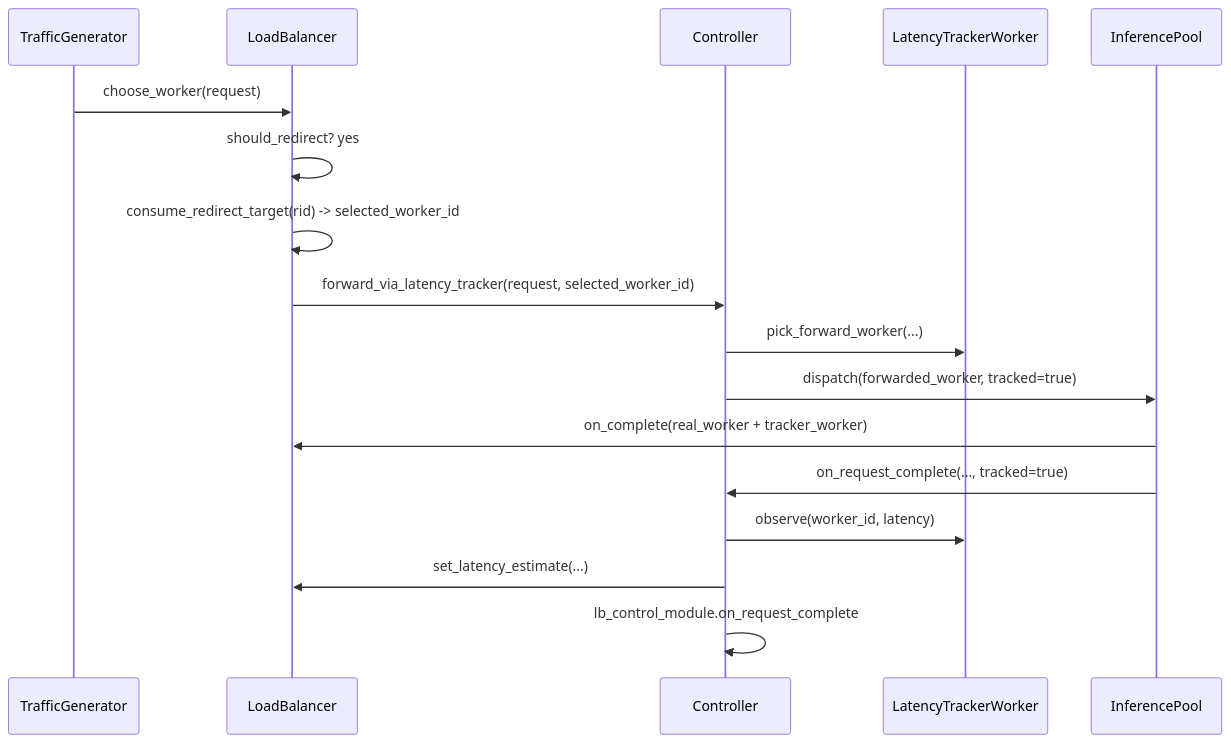
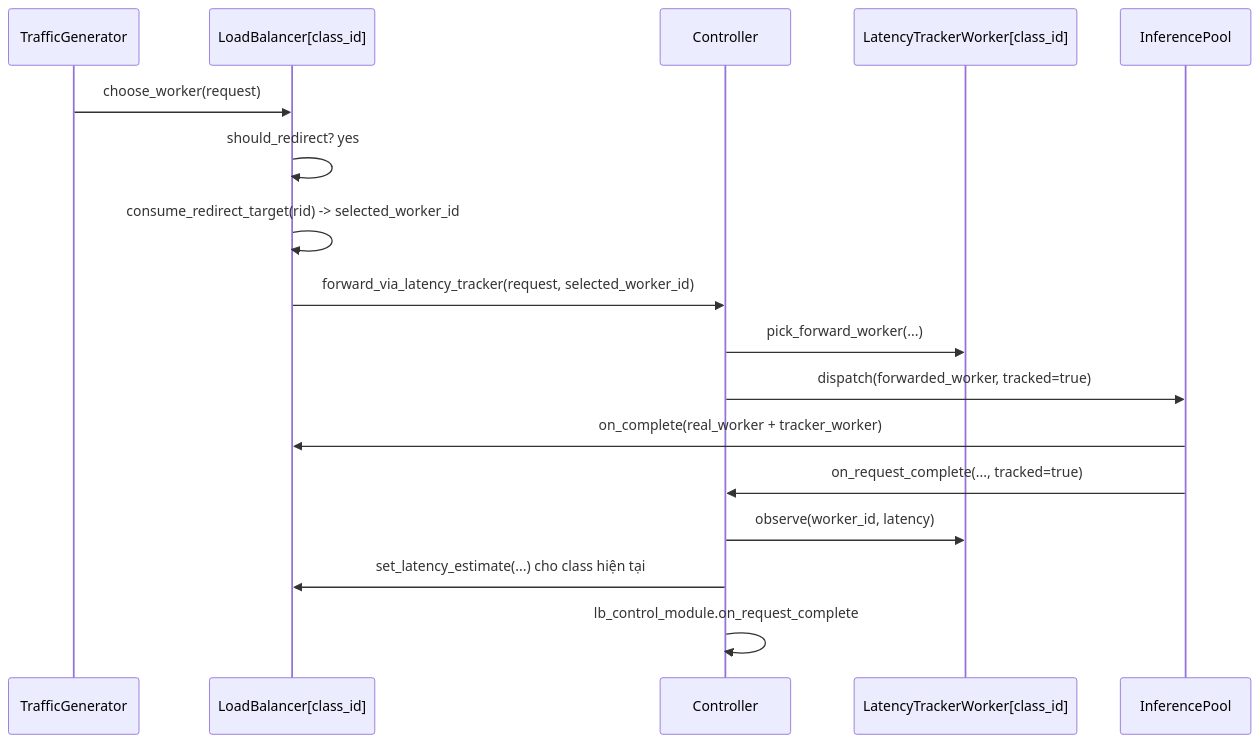
One commit to ahihi8z8z/lb-simulation changed the second of 3 diagrams in docs/flow_diagrams.md. Above: the diagram before and after it, drawn with Mermaid. The commit also changed other lines of this file and 8 other files, not shown here.

Commit message:
Update docs for per-class LB and tracker architecture

````diff
--- a/docs/flow_diagrams.md
+++ b/docs/flow_diagrams.md
@@ -21,19 +21,19 @@
 ```mermaid
 sequenceDiagram
     participant TG as TrafficGenerator
-    participant LB as LoadBalancer
+    participant LB as LoadBalancer[class_id]
     participant C as Controller
-    participant LT as LatencyTrackerWorker
+    participant LT as LatencyTrackerWorker[class_id]
     participant IP as InferencePool
     TG->>LB: choose_worker(request)
     LB->>LB: should_redirect? yes
     LB->>LB: consume_redirect_target(rid) -> selected_worker_id
     LB->>C: forward_via_latency_tracker(request, selected_worker_id)
     C->>LT: pick_forward_worker(...)
     C->>IP: dispatch(forwarded_worker, tracked=true)
     IP->>LB: on_complete(real_worker + tracker_worker)
     IP->>C: on_request_complete(..., tracked=true)
     C->>LT: observe(worker_id, latency)
-    C->>LB: set_latency_estimate(...)
+    C->>LB: set_latency_estimate(...) cho class hiện tại
     C->>C: lb_control_module.on_request_complete
 ```
````
